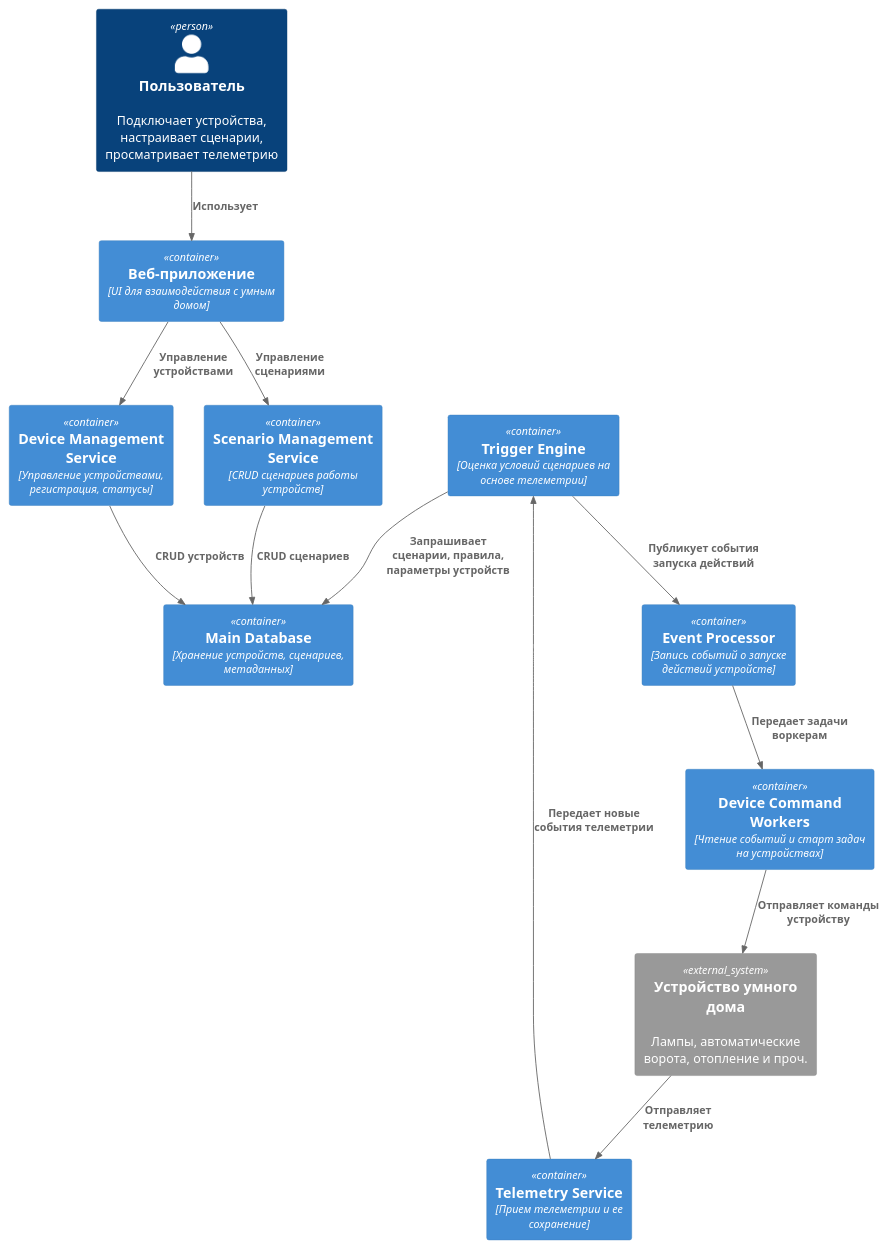
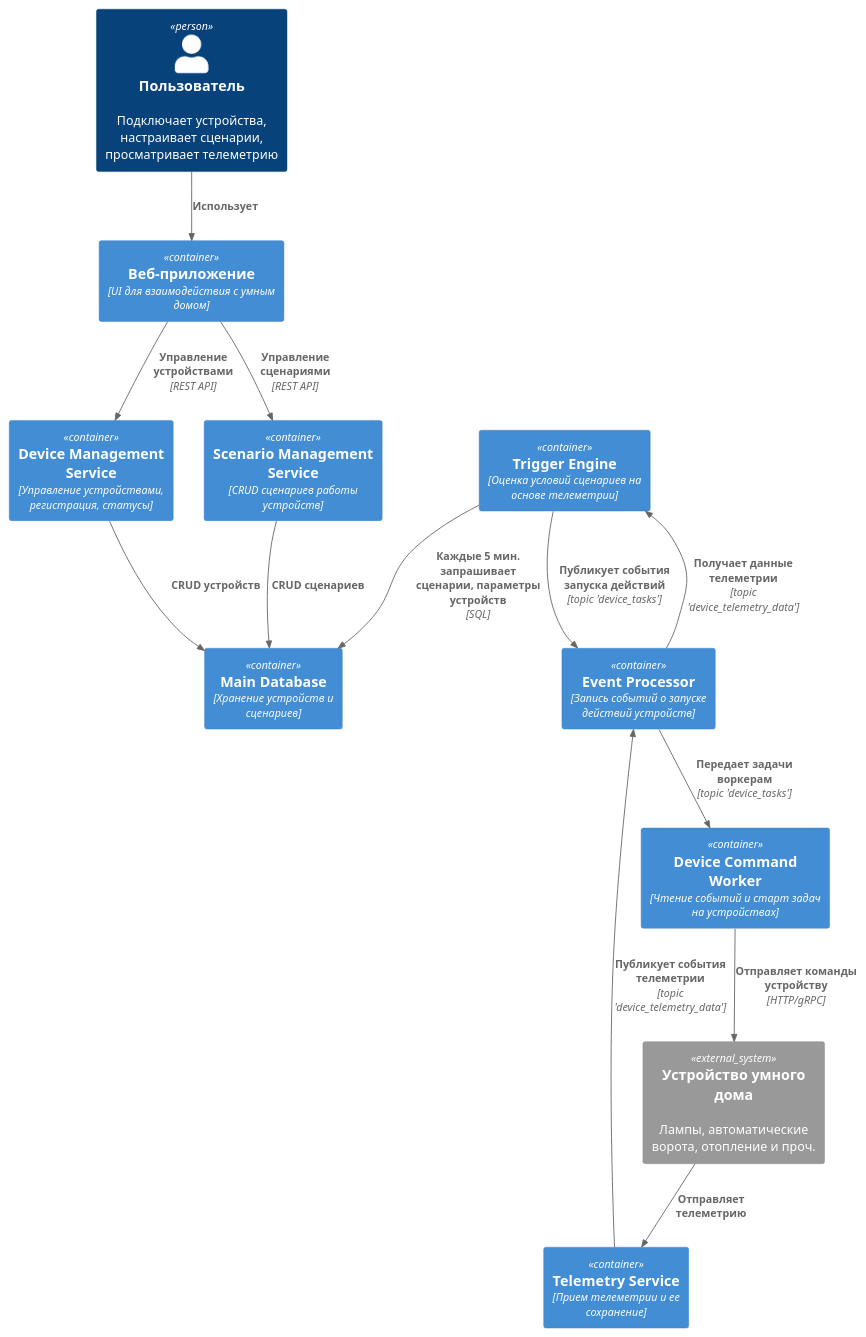
The diagram in diagrams/diagrams_to_be/c4/container_diagram.puml (mayflowwer/architecture-warmhouse), drawn with PlantUML before and after one commit. The commit also changed 11 other files, not shown here.

Commit message:
upd component_diagram.puml

```diff
--- a/diagrams/diagrams_to_be/c4/container_diagram.puml
+++ b/diagrams/diagrams_to_be/c4/container_diagram.puml
@@ -1,29 +1,30 @@
 @startuml
 !include <C4/C4_Context.puml>
 !include <C4/C4_Container.puml>
 
 Person(user, "Пользователь", "Подключает устройства, настраивает сценарии, просматривает телеметрию")
 
 Container(webApp, "Веб-приложение", "UI для взаимодействия с умным домом")
 Container(deviceManagement, "Device Management Service", "Управление устройствами, регистрация, статусы")
 Container(scenarioManagement, "Scenario Management Service", "CRUD сценариев работы устройств")
-Container(entitiesDb, "Main Database", "Хранение устройств, сценариев, метаданных")
+Container(entitiesDb, "Main Database", "Хранение устройств и сценариев")
 System_Ext(device, "Устройство умного дома", "Лампы, автоматические ворота, отопление и проч.")
 Container(telemetryDataStorage, "Telemetry Service", "Прием телеметрии и ее сохранение")
 Container(triggerEngine, "Trigger Engine", "Оценка условий сценариев на основе телеметрии")
 Container(eventProcessor, "Event Processor", "Запись событий о запуске действий устройств")
-Container(taskStartWorker, "Device Command Workers", "Чтение событий и старт задач на устройствах")
+Container(taskStartWorker, "Device Command Worker", "Чтение событий и старт задач на устройствах")
 
 Rel(user, webApp, "Использует")
-Rel(webApp, deviceManagement, "Управление устройствами")
-Rel(webApp, scenarioManagement, "Управление сценариями")
+Rel(webApp, deviceManagement, "Управление устройствами", REST API)
+Rel(webApp, scenarioManagement, "Управление сценариями", REST API)
 Rel(deviceManagement, entitiesDb, "CRUD устройств")
 Rel(scenarioManagement, entitiesDb, "CRUD сценариев")
 Rel(device, telemetryDataStorage, "Отправляет телеметрию")
-Rel(telemetryDataStorage, triggerEngine, "Передает новые события телеметрии")
-Rel(triggerEngine, entitiesDb, "Запрашивает сценарии, правила, параметры устройств")
-Rel(triggerEngine, eventProcessor, "Публикует события запуска действий")
-Rel(eventProcessor, taskStartWorker, "Передает задачи воркерам")
-Rel(taskStartWorker, device, "Отправляет команды устройству")
+Rel(telemetryDataStorage, eventProcessor, "Публикует события телеметрии", topic 'device_telemetry_data')
+Rel(eventProcessor, triggerEngine, "Получает данные телеметрии", topic 'device_telemetry_data')
+Rel(triggerEngine, entitiesDb, "Каждые 5 мин. запрашивает сценарии, параметры устройств", SQL)
+Rel(triggerEngine, eventProcessor, "Публикует события запуска действий", topic 'device_tasks')
+Rel(eventProcessor, taskStartWorker, "Передает задачи воркерам", topic 'device_tasks')
+Rel(taskStartWorker, device, "Отправляет команды устройству", "HTTP/gRPC")
 
 @enduml
```
